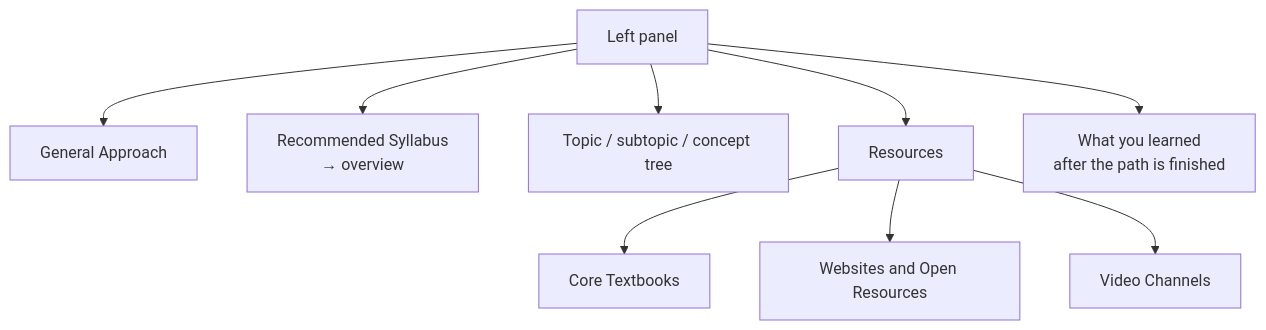
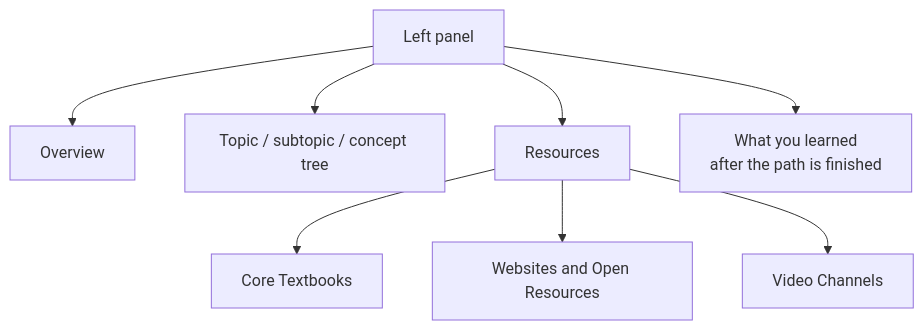
Before and after one commit to coursetexts/notion-site: the second of 2 diagrams in docs/curated-courses.md, drawn with Mermaid. The commit also changed other lines of this file and 42 other files, not shown here.

````diff
--- a/docs/curated-courses.md
+++ b/docs/curated-courses.md
@@ -79,21 +79,19 @@
 ```mermaid
 flowchart TB
   Nav["Left panel"]
-  MM["General Approach"]
-  Rec["Recommended Syllabus<br/>→ overview"]
+  Over["Overview"]
   Tree["Topic / subtopic / concept tree"]
   Res["Resources"]
   TB["Core Textbooks"]
   Web["Websites and Open Resources"]
   YT["Video Channels"]
   Learned["What you learned<br/>after the path is finished"]
 
-  Nav --> MM
-  Nav --> Rec
+  Nav --> Over
   Nav --> Tree
   Nav --> Res
   Res --> TB
   Res --> Web
   Res --> YT
   Nav --> Learned
 ```
````
